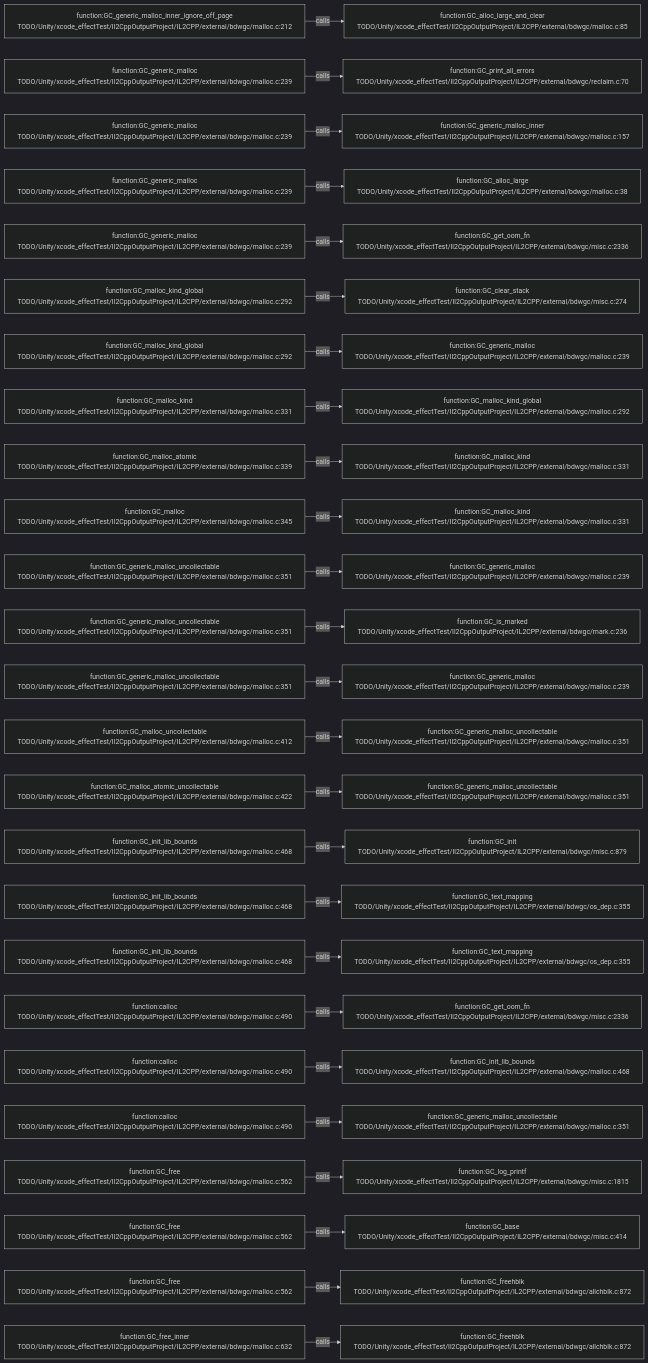
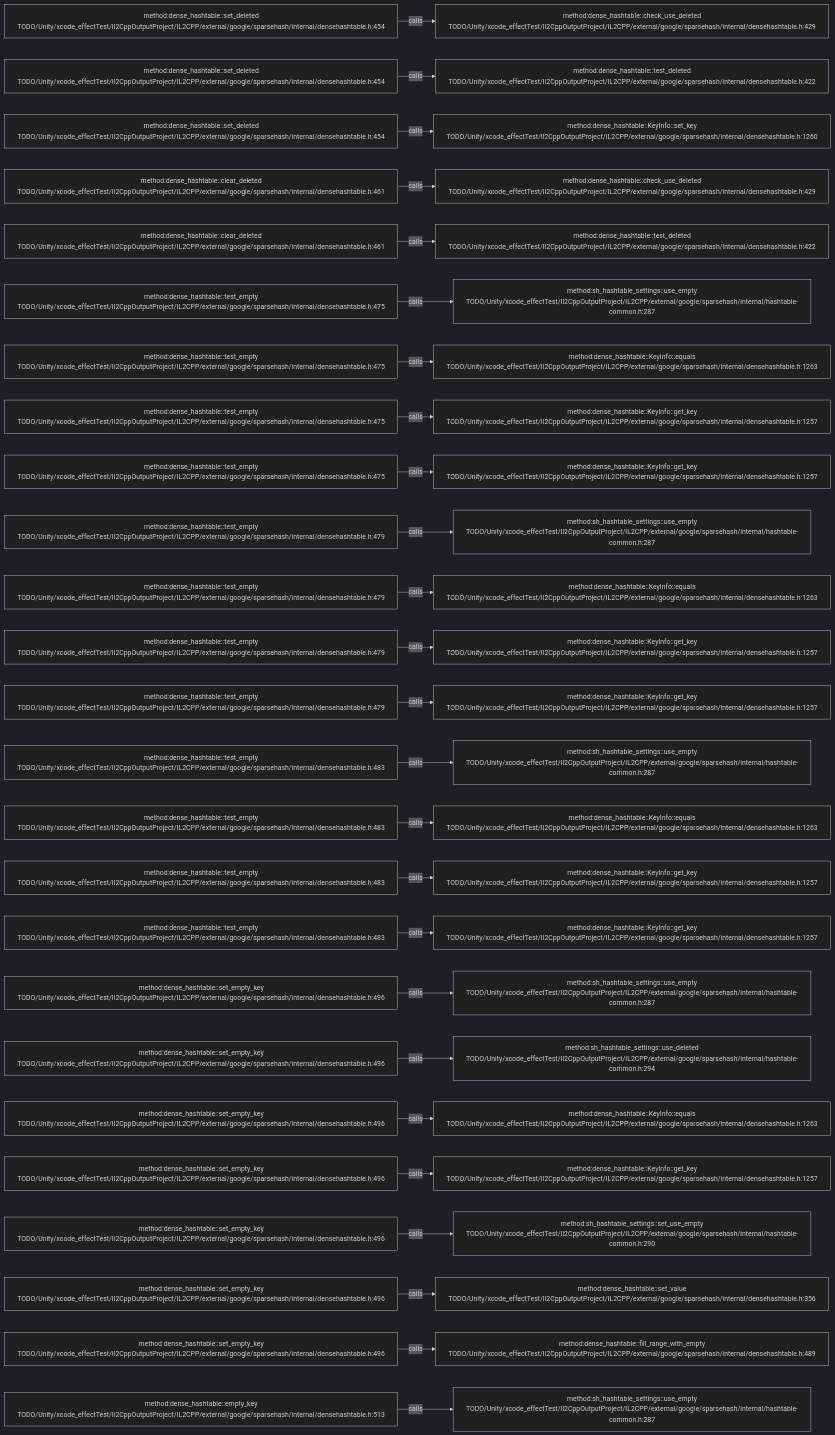
The diagram in .codegraph/codegraph.md/graphs/calls-193.md (JobsKits/JobsSwiftBaseConfigDemo), drawn with Mermaid (dark theme) before and after one commit. The commit also changed 227 other files, not shown here.

````diff
--- a/.codegraph/codegraph.md/graphs/calls-193.md
+++ b/.codegraph/codegraph.md/graphs/calls-193.md
@@ -13,78 +13,78 @@
 ```mermaid
 flowchart LR
-  S1["function:GC_generic_malloc_inner_ignore_off_page<br/>TODO/Unity/xcode_effectTest/Il2CppOutputProject/IL2CPP/external/bdwgc/malloc.c:212"]
-  T1["function:GC_alloc_large_and_clear<br/>TODO/Unity/xcode_effectTest/Il2CppOutputProject/IL2CPP/external/bdwgc/malloc.c:85"]
+  S1["method:dense_hashtable::set_deleted<br/>TODO/Unity/xcode_effectTest/Il2CppOutputProject/IL2CPP/external/google/sparsehash/internal/densehashtable.h:454"]
+  T1["method:dense_hashtable::check_use_deleted<br/>TODO/Unity/xcode_effectTest/Il2CppOutputProject/IL2CPP/external/google/sparsehash/internal/densehashtable.h:429"]
   S1 -->|calls| T1
-  S2["function:GC_generic_malloc<br/>TODO/Unity/xcode_effectTest/Il2CppOutputProject/IL2CPP/external/bdwgc/malloc.c:239"]
-  T2["function:GC_print_all_errors<br/>TODO/Unity/xcode_effectTest/Il2CppOutputProject/IL2CPP/external/bdwgc/reclaim.c:70"]
+  S2["method:dense_hashtable::set_deleted<br/>TODO/Unity/xcode_effectTest/Il2CppOutputProject/IL2CPP/external/google/sparsehash/internal/densehashtable.h:454"]
+  T2["method:dense_hashtable::test_deleted<br/>TODO/Unity/xcode_effectTest/Il2CppOutputProject/IL2CPP/external/google/sparsehash/internal/densehashtable.h:422"]
   S2 -->|calls| T2
-  S3["function:GC_generic_malloc<br/>TODO/Unity/xcode_effectTest/Il2CppOutputProject/IL2CPP/external/bdwgc/malloc.c:239"]
-  T3["function:GC_generic_malloc_inner<br/>TODO/Unity/xcode_effectTest/Il2CppOutputProject/IL2CPP/external/bdwgc/malloc.c:157"]
+  S3["method:dense_hashtable::set_deleted<br/>TODO/Unity/xcode_effectTest/Il2CppOutputProject/IL2CPP/external/google/sparsehash/internal/densehashtable.h:454"]
+  T3["method:dense_hashtable::KeyInfo::set_key<br/>TODO/Unity/xcode_effectTest/Il2CppOutputProject/IL2CPP/external/google/sparsehash/internal/densehashtable.h:1260"]
   S3 -->|calls| T3
-  S4["function:GC_generic_malloc<br/>TODO/Unity/xcode_effectTest/Il2CppOutputProject/IL2CPP/external/bdwgc/malloc.c:239"]
-  T4["function:GC_alloc_large<br/>TODO/Unity/xcode_effectTest/Il2CppOutputProject/IL2CPP/external/bdwgc/malloc.c:38"]
+  S4["method:dense_hashtable::clear_deleted<br/>TODO/Unity/xcode_effectTest/Il2CppOutputProject/IL2CPP/external/google/sparsehash/internal/densehashtable.h:461"]
+  T4["method:dense_hashtable::check_use_deleted<br/>TODO/Unity/xcode_effectTest/Il2CppOutputProject/IL2CPP/external/google/sparsehash/internal/densehashtable.h:429"]
   S4 -->|calls| T4
-  S5["function:GC_generic_malloc<br/>TODO/Unity/xcode_effectTest/Il2CppOutputProject/IL2CPP/external/bdwgc/malloc.c:239"]
-  T5["function:GC_get_oom_fn<br/>TODO/Unity/xcode_effectTest/Il2CppOutputProject/IL2CPP/external/bdwgc/misc.c:2336"]
+  S5["method:dense_hashtable::clear_deleted<br/>TODO/Unity/xcode_effectTest/Il2CppOutputProject/IL2CPP/external/google/sparsehash/internal/densehashtable.h:461"]
+  T5["method:dense_hashtable::test_deleted<br/>TODO/Unity/xcode_effectTest/Il2CppOutputProject/IL2CPP/external/google/sparsehash/internal/densehashtable.h:422"]
   S5 -->|calls| T5
-  S6["function:GC_malloc_kind_global<br/>TODO/Unity/xcode_effectTest/Il2CppOutputProject/IL2CPP/external/bdwgc/malloc.c:292"]
-  T6["function:GC_clear_stack<br/>TODO/Unity/xcode_effectTest/Il2CppOutputProject/IL2CPP/external/bdwgc/misc.c:274"]
+  S6["method:dense_hashtable::test_empty<br/>TODO/Unity/xcode_effectTest/Il2CppOutputProject/IL2CPP/external/google/sparsehash/internal/densehashtable.h:475"]
+  T6["method:sh_hashtable_settings::use_empty<br/>TODO/Unity/xcode_effectTest/Il2CppOutputProject/IL2CPP/external/google/sparsehash/internal/hashtable-common.h:287"]
   S6 -->|calls| T6
-  S7["function:GC_malloc_kind_global<br/>TODO/Unity/xcode_effectTest/Il2CppOutputProject/IL2CPP/external/bdwgc/malloc.c:292"]
-  T7["function:GC_generic_malloc<br/>TODO/Unity/xcode_effectTest/Il2CppOutputProject/IL2CPP/external/bdwgc/malloc.c:239"]
+  S7["method:dense_hashtable::test_empty<br/>TODO/Unity/xcode_effectTest/Il2CppOutputProject/IL2CPP/external/google/sparsehash/internal/densehashtable.h:475"]
+  T7["method:dense_hashtable::KeyInfo::equals<br/>TODO/Unity/xcode_effectTest/Il2CppOutputProject/IL2CPP/external/google/sparsehash/internal/densehashtable.h:1263"]
   S7 -->|calls| T7
-  S8["function:GC_malloc_kind<br/>TODO/Unity/xcode_effectTest/Il2CppOutputProject/IL2CPP/external/bdwgc/malloc.c:331"]
-  T8["function:GC_malloc_kind_global<br/>TODO/Unity/xcode_effectTest/Il2CppOutputProject/IL2CPP/external/bdwgc/malloc.c:292"]
+  S8["method:dense_hashtable::test_empty<br/>TODO/Unity/xcode_effectTest/Il2CppOutputProject/IL2CPP/external/google/sparsehash/internal/densehashtable.h:475"]
+  T8["method:dense_hashtable::KeyInfo::get_key<br/>TODO/Unity/xcode_effectTest/Il2CppOutputProject/IL2CPP/external/google/sparsehash/internal/densehashtable.h:1257"]
   S8 -->|calls| T8
-  S9["function:GC_malloc_atomic<br/>TODO/Unity/xcode_effectTest/Il2CppOutputProject/IL2CPP/external/bdwgc/malloc.c:339"]
-  T9["function:GC_malloc_kind<br/>TODO/Unity/xcode_effectTest/Il2CppOutputProject/IL2CPP/external/bdwgc/malloc.c:331"]
+  S9["method:dense_hashtable::test_empty<br/>TODO/Unity/xcode_effectTest/Il2CppOutputProject/IL2CPP/external/google/sparsehash/internal/densehashtable.h:475"]
+  T9["method:dense_hashtable::KeyInfo::get_key<br/>TODO/Unity/xcode_effectTest/Il2CppOutputProject/IL2CPP/external/google/sparsehash/internal/densehashtable.h:1257"]
   S9 -->|calls| T9
-  S10["function:GC_malloc<br/>TODO/Unity/xcode_effectTest/Il2CppOutputProject/IL2CPP/external/bdwgc/malloc.c:345"]
-  T10["function:GC_malloc_kind<br/>TODO/Unity/xcode_effectTest/Il2CppOutputProject/IL2CPP/external/bdwgc/malloc.c:331"]
+  S10["method:dense_hashtable::test_empty<br/>TODO/Unity/xcode_effectTest/Il2CppOutputProject/IL2CPP/external/google/sparsehash/internal/densehashtable.h:479"]
+  T10["method:sh_hashtable_settings::use_empty<br/>TODO/Unity/xcode_effectTest/Il2CppOutputProject/IL2CPP/external/google/sparsehash/internal/hashtable-common.h:287"]
   S10 -->|calls| T10
-  S11["function:GC_generic_malloc_uncollectable<br/>TODO/Unity/xcode_effectTest/Il2CppOutputProject/IL2CPP/external/bdwgc/malloc.c:351"]
-  T11["function:GC_generic_malloc<br/>TODO/Unity/xcode_effectTest/Il2CppOutputProject/IL2CPP/external/bdwgc/malloc.c:239"]
+  S11["method:dense_hashtable::test_empty<br/>TODO/Unity/xcode_effectTest/Il2CppOutputProject/IL2CPP/external/google/sparsehash/internal/densehashtable.h:479"]
+  T11["method:dense_hashtable::KeyInfo::equals<br/>TODO/Unity/xcode_effectTest/Il2CppOutputProject/IL2CPP/external/google/sparsehash/internal/densehashtable.h:1263"]
   S11 -->|calls| T11
-  S12["function:GC_generic_malloc_uncollectable<br/>TODO/Unity/xcode_effectTest/Il2CppOutputProject/IL2CPP/external/bdwgc/malloc.c:351"]
-  T12["function:GC_is_marked<br/>TODO/Unity/xcode_effectTest/Il2CppOutputProject/IL2CPP/external/bdwgc/mark.c:236"]
+  S12["method:dense_hashtable::test_empty<br/>TODO/Unity/xcode_effectTest/Il2CppOutputProject/IL2CPP/external/google/sparsehash/internal/densehashtable.h:479"]
+  T12["method:dense_hashtable::KeyInfo::get_key<br/>TODO/Unity/xcode_effectTest/Il2CppOutputProject/IL2CPP/external/google/sparsehash/internal/densehashtable.h:1257"]
   S12 -->|calls| T12
-  S13["function:GC_generic_malloc_uncollectable<br/>TODO/Unity/xcode_effectTest/Il2CppOutputProject/IL2CPP/external/bdwgc/malloc.c:351"]
-  T13["function:GC_generic_malloc<br/>TODO/Unity/xcode_effectTest/Il2CppOutputProject/IL2CPP/external/bdwgc/malloc.c:239"]
+  S13["method:dense_hashtable::test_empty<br/>TODO/Unity/xcode_effectTest/Il2CppOutputProject/IL2CPP/external/google/sparsehash/internal/densehashtable.h:479"]
+  T13["method:dense_hashtable::KeyInfo::get_key<br/>TODO/Unity/xcode_effectTest/Il2CppOutputProject/IL2CPP/external/google/sparsehash/internal/densehashtable.h:1257"]
   S13 -->|calls| T13
-  S14["function:GC_malloc_uncollectable<br/>TODO/Unity/xcode_effectTest/Il2CppOutputProject/IL2CPP/external/bdwgc/malloc.c:412"]
-  T14["function:GC_generic_malloc_uncollectable<br/>TODO/Unity/xcode_effectTest/Il2CppOutputProject/IL2CPP/external/bdwgc/malloc.c:351"]
+  S14["method:dense_hashtable::test_empty<br/>TODO/Unity/xcode_effectTest/Il2CppOutputProject/IL2CPP/external/google/sparsehash/internal/densehashtable.h:483"]
+  T14["method:sh_hashtable_settings::use_empty<br/>TODO/Unity/xcode_effectTest/Il2CppOutputProject/IL2CPP/external/google/sparsehash/internal/hashtable-common.h:287"]
   S14 -->|calls| T14
-  S15["function:GC_malloc_atomic_uncollectable<br/>TODO/Unity/xcode_effectTest/Il2CppOutputProject/IL2CPP/external/bdwgc/malloc.c:422"]
-  T15["function:GC_generic_malloc_uncollectable<br/>TODO/Unity/xcode_effectTest/Il2CppOutputProject/IL2CPP/external/bdwgc/malloc.c:351"]
+  S15["method:dense_hashtable::test_empty<br/>TODO/Unity/xcode_effectTest/Il2CppOutputProject/IL2CPP/external/google/sparsehash/internal/densehashtable.h:483"]
+  T15["method:dense_hashtable::KeyInfo::equals<br/>TODO/Unity/xcode_effectTest/Il2CppOutputProject/IL2CPP/external/google/sparsehash/internal/densehashtable.h:1263"]
   S15 -->|calls| T15
-  S16["function:GC_init_lib_bounds<br/>TODO/Unity/xcode_effectTest/Il2CppOutputProject/IL2CPP/external/bdwgc/malloc.c:468"]
-  T16["function:GC_init<br/>TODO/Unity/xcode_effectTest/Il2CppOutputProject/IL2CPP/external/bdwgc/misc.c:879"]
+  S16["method:dense_hashtable::test_empty<br/>TODO/Unity/xcode_effectTest/Il2CppOutputProject/IL2CPP/external/google/sparsehash/internal/densehashtable.h:483"]
+  T16["method:dense_hashtable::KeyInfo::get_key<br/>TODO/Unity/xcode_effectTest/Il2CppOutputProject/IL2CPP/external/google/sparsehash/internal/densehashtable.h:1257"]
   S16 -->|calls| T16
-  S17["function:GC_init_lib_bounds<br/>TODO/Unity/xcode_effectTest/Il2CppOutputProject/IL2CPP/external/bdwgc/malloc.c:468"]
-  T17["function:GC_text_mapping<br/>TODO/Unity/xcode_effectTest/Il2CppOutputProject/IL2CPP/external/bdwgc/os_dep.c:355"]
+  S17["method:dense_hashtable::test_empty<br/>TODO/Unity/xcode_effectTest/Il2CppOutputProject/IL2CPP/external/google/sparsehash/internal/densehashtable.h:483"]
+  T17["method:dense_hashtable::KeyInfo::get_key<br/>TODO/Unity/xcode_effectTest/Il2CppOutputProject/IL2CPP/external/google/sparsehash/internal/densehashtable.h:1257"]
   S17 -->|calls| T17
-  S18["function:GC_init_lib_bounds<br/>TODO/Unity/xcode_effectTest/Il2CppOutputProject/IL2CPP/external/bdwgc/malloc.c:468"]
-  T18["function:GC_text_mapping<br/>TODO/Unity/xcode_effectTest/Il2CppOutputProject/IL2CPP/external/bdwgc/os_dep.c:355"]
+  S18["method:dense_hashtable::set_empty_key<br/>TODO/Unity/xcode_effectTest/Il2CppOutputProject/IL2CPP/external/google/sparsehash/internal/densehashtable.h:496"]
+  T18["method:sh_hashtable_settings::use_empty<br/>TODO/Unity/xcode_effectTest/Il2CppOutputProject/IL2CPP/external/google/sparsehash/internal/hashtable-common.h:287"]
   S18 -->|calls| T18
-  S19["function:calloc<br/>TODO/Unity/xcode_effectTest/Il2CppOutputProject/IL2CPP/external/bdwgc/malloc.c:490"]
-  T19["function:GC_get_oom_fn<br/>TODO/Unity/xcode_effectTest/Il2CppOutputProject/IL2CPP/external/bdwgc/misc.c:2336"]
+  S19["method:dense_hashtable::set_empty_key<br/>TODO/Unity/xcode_effectTest/Il2CppOutputProject/IL2CPP/external/google/sparsehash/internal/densehashtable.h:496"]
+  T19["method:sh_hashtable_settings::use_deleted<br/>TODO/Unity/xcode_effectTest/Il2CppOutputProject/IL2CPP/external/google/sparsehash/internal/hashtable-common.h:294"]
   S19 -->|calls| T19
-  S20["function:calloc<br/>TODO/Unity/xcode_effectTest/Il2CppOutputProject/IL2CPP/external/bdwgc/malloc.c:490"]
-  T20["function:GC_init_lib_bounds<br/>TODO/Unity/xcode_effectTest/Il2CppOutputProject/IL2CPP/external/bdwgc/malloc.c:468"]
+  S20["method:dense_hashtable::set_empty_key<br/>TODO/Unity/xcode_effectTest/Il2CppOutputProject/IL2CPP/external/google/sparsehash/internal/densehashtable.h:496"]
+  T20["method:dense_hashtable::KeyInfo::equals<br/>TODO/Unity/xcode_effectTest/Il2CppOutputProject/IL2CPP/external/google/sparsehash/internal/densehashtable.h:1263"]
   S20 -->|calls| T20
-  S21["function:calloc<br/>TODO/Unity/xcode_effectTest/Il2CppOutputProject/IL2CPP/external/bdwgc/malloc.c:490"]
-  T21["function:GC_generic_malloc_uncollectable<br/>TODO/Unity/xcode_effectTest/Il2CppOutputProject/IL2CPP/external/bdwgc/malloc.c:351"]
+  S21["method:dense_hashtable::set_empty_key<br/>TODO/Unity/xcode_effectTest/Il2CppOutputProject/IL2CPP/external/google/sparsehash/internal/densehashtable.h:496"]
+  T21["method:dense_hashtable::KeyInfo::get_key<br/>TODO/Unity/xcode_effectTest/Il2CppOutputProject/IL2CPP/external/google/sparsehash/internal/densehashtable.h:1257"]
   S21 -->|calls| T21
-  S22["function:GC_free<br/>TODO/Unity/xcode_effectTest/Il2CppOutputProject/IL2CPP/external/bdwgc/malloc.c:562"]
-  T22["function:GC_log_printf<br/>TODO/Unity/xcode_effectTest/Il2CppOutputProject/IL2CPP/external/bdwgc/misc.c:1815"]
+  S22["method:dense_hashtable::set_empty_key<br/>TODO/Unity/xcode_effectTest/Il2CppOutputProject/IL2CPP/external/google/sparsehash/internal/densehashtable.h:496"]
+  T22["method:sh_hashtable_settings::set_use_empty<br/>TODO/Unity/xcode_effectTest/Il2CppOutputProject/IL2CPP/external/google/sparsehash/internal/hashtable-common.h:290"]
   S22 -->|calls| T22
-  S23["function:GC_free<br/>TODO/Unity/xcode_effectTest/Il2CppOutputProject/IL2CPP/external/bdwgc/malloc.c:562"]
-  T23["function:GC_base<br/>TODO/Unity/xcode_effectTest/Il2CppOutputProject/IL2CPP/external/bdwgc/misc.c:414"]
+  S23["method:dense_hashtable::set_empty_key<br/>TODO/Unity/xcode_effectTest/Il2CppOutputProject/IL2CPP/external/google/sparsehash/internal/densehashtable.h:496"]
+  T23["method:dense_hashtable::set_value<br/>TODO/Unity/xcode_effectTest/Il2CppOutputProject/IL2CPP/external/google/sparsehash/internal/densehashtable.h:356"]
   S23 -->|calls| T23
-  S24["function:GC_free<br/>TODO/Unity/xcode_effectTest/Il2CppOutputProject/IL2CPP/external/bdwgc/malloc.c:562"]
-  T24["function:GC_freehblk<br/>TODO/Unity/xcode_effectTest/Il2CppOutputProject/IL2CPP/external/bdwgc/allchblk.c:872"]
+  S24["method:dense_hashtable::set_empty_key<br/>TODO/Unity/xcode_effectTest/Il2CppOutputProject/IL2CPP/external/google/sparsehash/internal/densehashtable.h:496"]
+  T24["method:dense_hashtable::fill_range_with_empty<br/>TODO/Unity/xcode_effectTest/Il2CppOutputProject/IL2CPP/external/google/sparsehash/internal/densehashtable.h:489"]
   S24 -->|calls| T24
-  S25["function:GC_free_inner<br/>TODO/Unity/xcode_effectTest/Il2CppOutputProject/IL2CPP/external/bdwgc/malloc.c:632"]
-  T25["function:GC_freehblk<br/>TODO/Unity/xcode_effectTest/Il2CppOutputProject/IL2CPP/external/bdwgc/allchblk.c:872"]
+  S25["method:dense_hashtable::empty_key<br/>TODO/Unity/xcode_effectTest/Il2CppOutputProject/IL2CPP/external/google/sparsehash/internal/densehashtable.h:513"]
+  T25["method:sh_hashtable_settings::use_empty<br/>TODO/Unity/xcode_effectTest/Il2CppOutputProject/IL2CPP/external/google/sparsehash/internal/hashtable-common.h:287"]
   S25 -->|calls| T25
 ```
````
